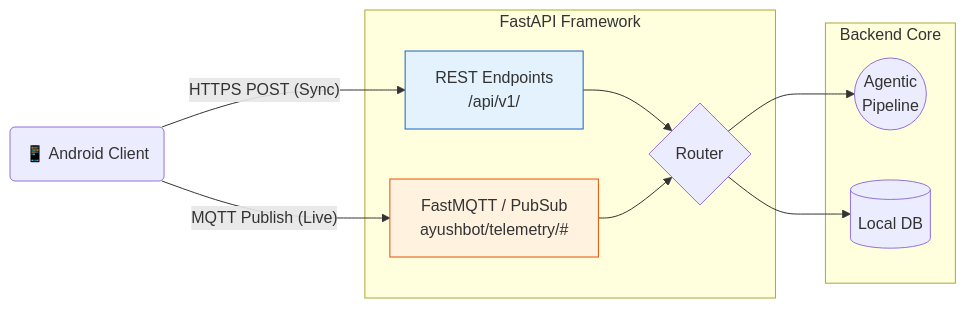
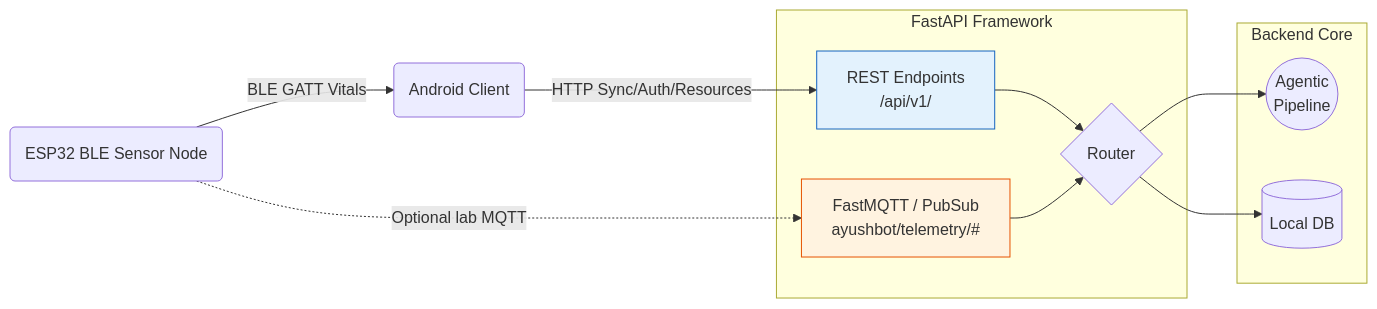
Before and after one commit to varunaditya27/AyushBot: the diagram in backend/api/README.md, drawn with Mermaid. The commit also changed other lines of this file and 33 other files, not shown here.

````diff
--- a/backend/api/README.md
+++ b/backend/api/README.md
@@ -15,27 +17,29 @@
 ```mermaid
 graph LR
-    Android(📱 Android Client)
+    Android(Android Client)
+    ESP32(ESP32 BLE Sensor Node)
     
     subgraph FastAPI Framework
         REST[REST Endpoints<br/>/api/v1/]:::http
         MQTT[FastMQTT / PubSub<br/>ayushbot/telemetry/#]:::mqtt
         Router{Router}
     end
     
     subgraph Backend Core
         LangGraph((Agentic<br/>Pipeline))
         SQLite[(Local DB)]
     end
     
-    Android -- "HTTPS POST (Sync)" --> REST
-    Android -- "MQTT Publish (Live)" --> MQTT
+    ESP32 -- "BLE GATT Vitals" --> Android
+    Android -- "HTTP Sync/Auth/Resources" --> REST
+    ESP32 -. "Optional lab MQTT" .-> MQTT
     
     REST --> Router
     MQTT --> Router
     
     Router --> LangGraph
     Router --> SQLite
     
     classDef http fill:#e3f2fd,stroke:#1565c0;
     classDef mqtt fill:#fff3e0,stroke:#e65100;
 ```
````
